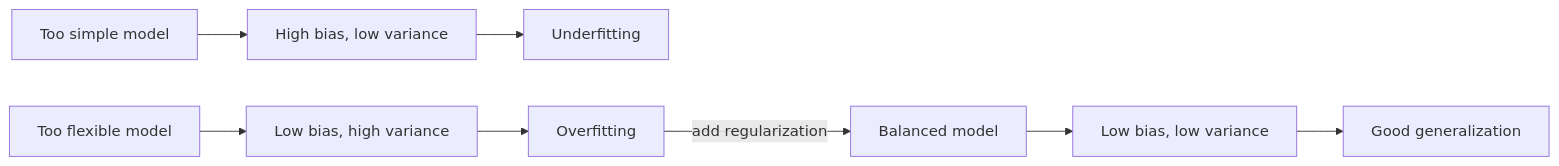
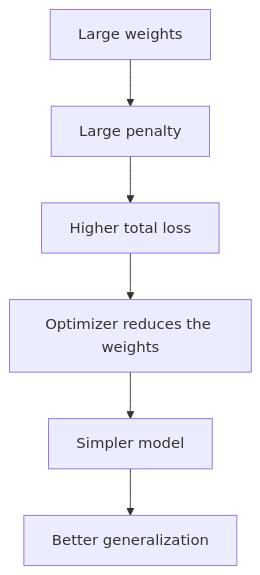
The second of 7 diagrams in content/deep-learning/notes/regularization.mdx (TrendySloth1001/sem-seven-notes), drawn with Mermaid before and after one commit. The commit also changed other lines of this file and 254 other files, not shown here.

Commit message:
Rewrite the backpropagation, gradient descent, regularization and autoencoder notes and their 29 answers from the teachers' class files. They use 185 teacher figures with class-notes citations only, and correct the AdaGrad, RMSProp, Nesterov and batch-norm numbers on the slides.

````diff
--- a/content/deep-learning/notes/regularization.mdx
+++ b/content/deep-learning/notes/regularization.mdx
@@ -122,11 +166,9 @@
 ```mermaid
-%% caption: The bias-variance trade-off as a path. Too simple and too flexible both give high error on new data; regularization pulls a flexible network back towards the sweet spot.
-flowchart LR
-  A["Too simple model"] --> B["High bias, low variance"]
-  B --> C["Underfitting"]
-  D["Balanced model"] --> E["Low bias, low variance"]
-  E --> F["Good generalization"]
-  G["Too flexible model"] --> H["Low bias, high variance"]
-  H --> I["Overfitting"]
-  I -- "add regularization" --> D
+%% caption: Why a penalty on weights helps, as the teacher draws it. Large weights give a large penalty, the optimizer shrinks them, and the simpler model generalizes better.
+flowchart TD
+  A["Large weights"] --> B["Large penalty"]
+  B --> C["Higher total loss"]
+  C --> D["Optimizer reduces the weights"]
+  D --> E["Simpler model"]
+  E --> F["Better generalization"]
 ```
````
